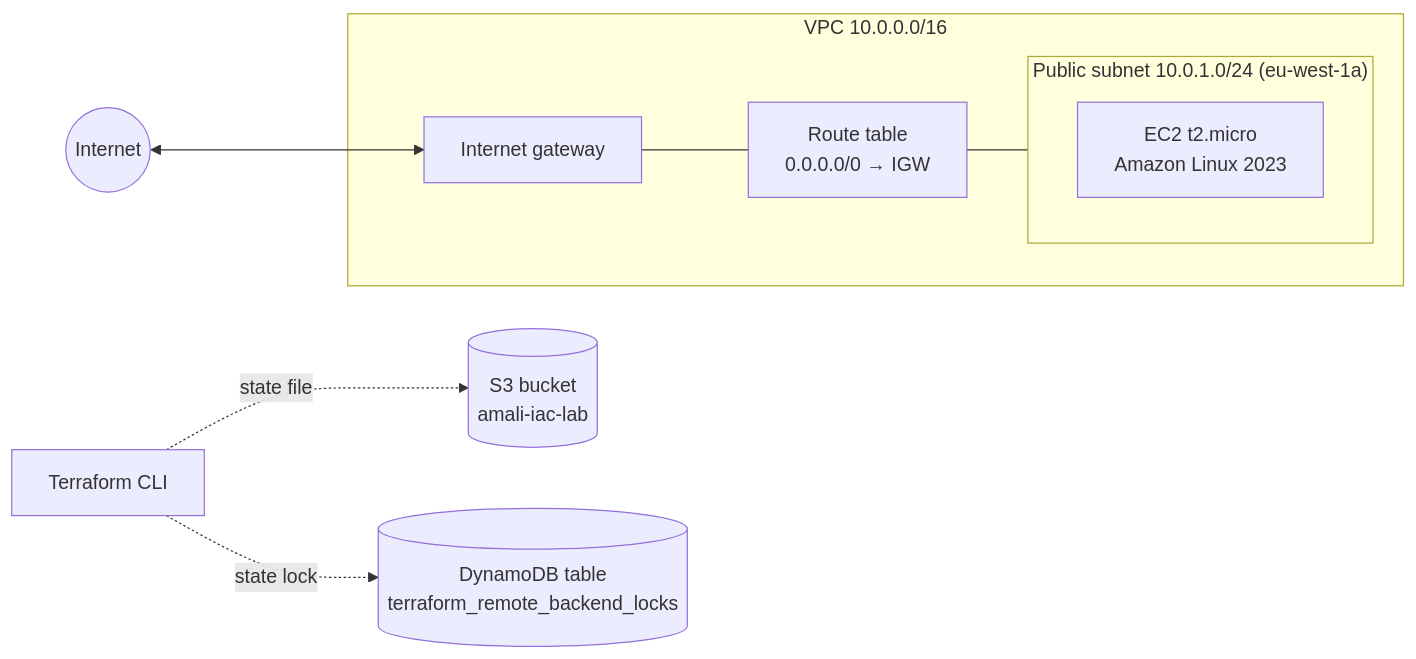
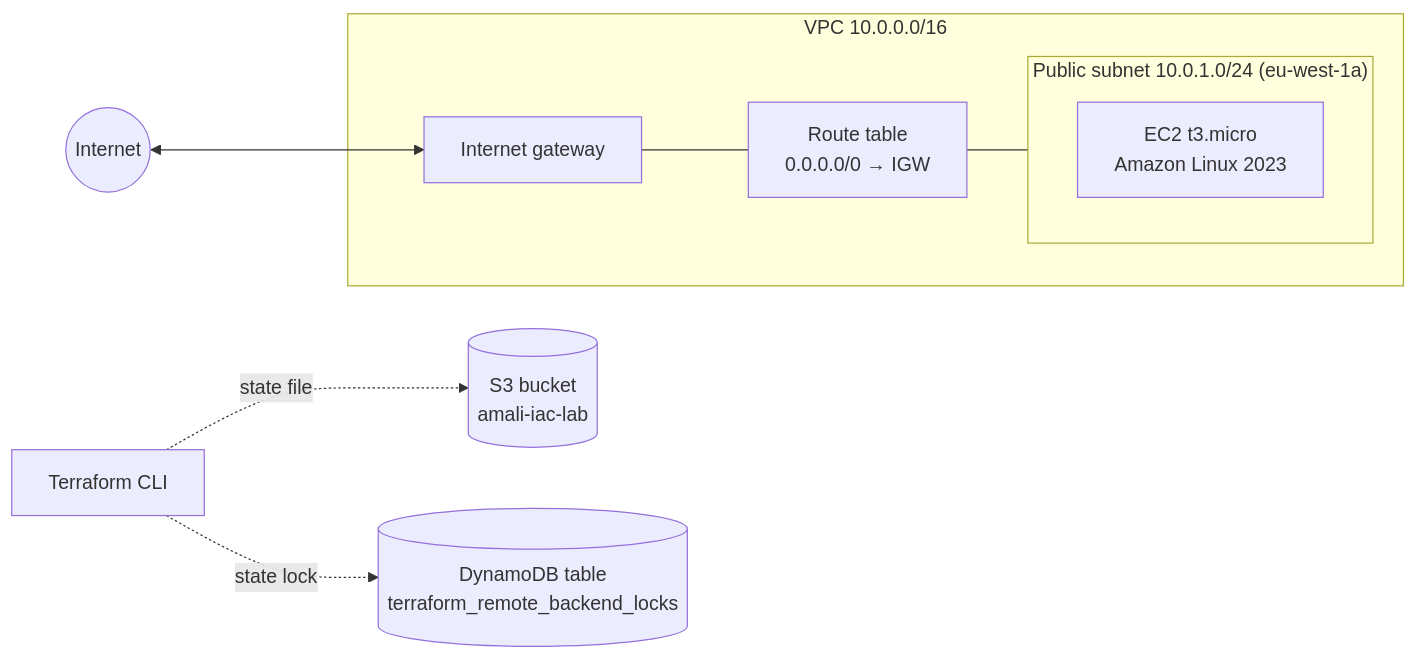
The diagram in README.md (BenjaminSsempala/amali_iac_terra_lab), drawn with Mermaid before and after one commit. The commit also changed other lines of this file and 6 other files, not shown here.

````diff
--- a/README.md
+++ b/README.md
@@ -11,19 +11,19 @@
 ```mermaid
 flowchart LR
     internet((Internet))
 
     subgraph vpc["VPC 10.0.0.0/16"]
         igw[Internet gateway]
         rt["Route table<br/>0.0.0.0/0 → IGW"]
         subgraph subnet["Public subnet 10.0.1.0/24 (eu-west-1a)"]
-            ec2["EC2 t2.micro<br/>Amazon Linux 2023"]
+            ec2["EC2 t3.micro<br/>Amazon Linux 2023"]
         end
     end
 
     internet <--> igw
     igw --- rt
     rt --- subnet
 
     tf[Terraform CLI] -. state file .-> s3[("S3 bucket<br/>amali-iac-lab")]
     tf -. state lock .-> ddb[("DynamoDB table<br/>terraform_remote_backend_locks")]
 ```
````
